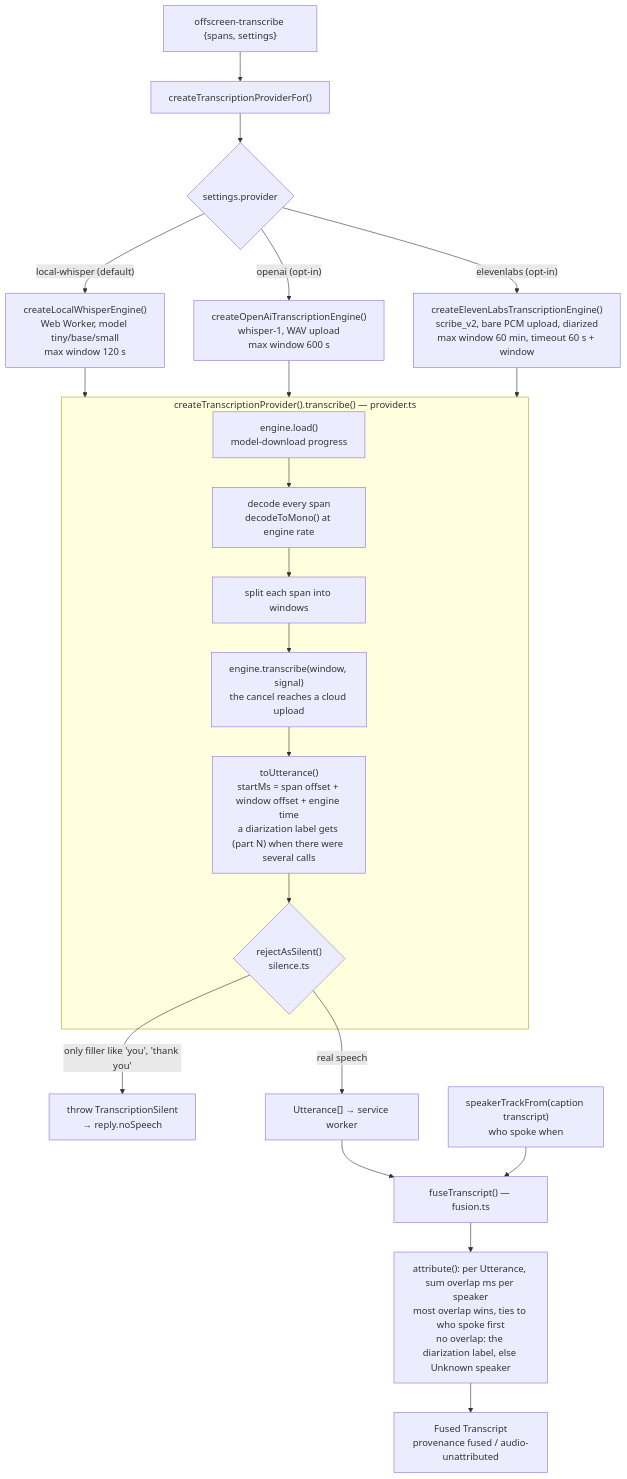
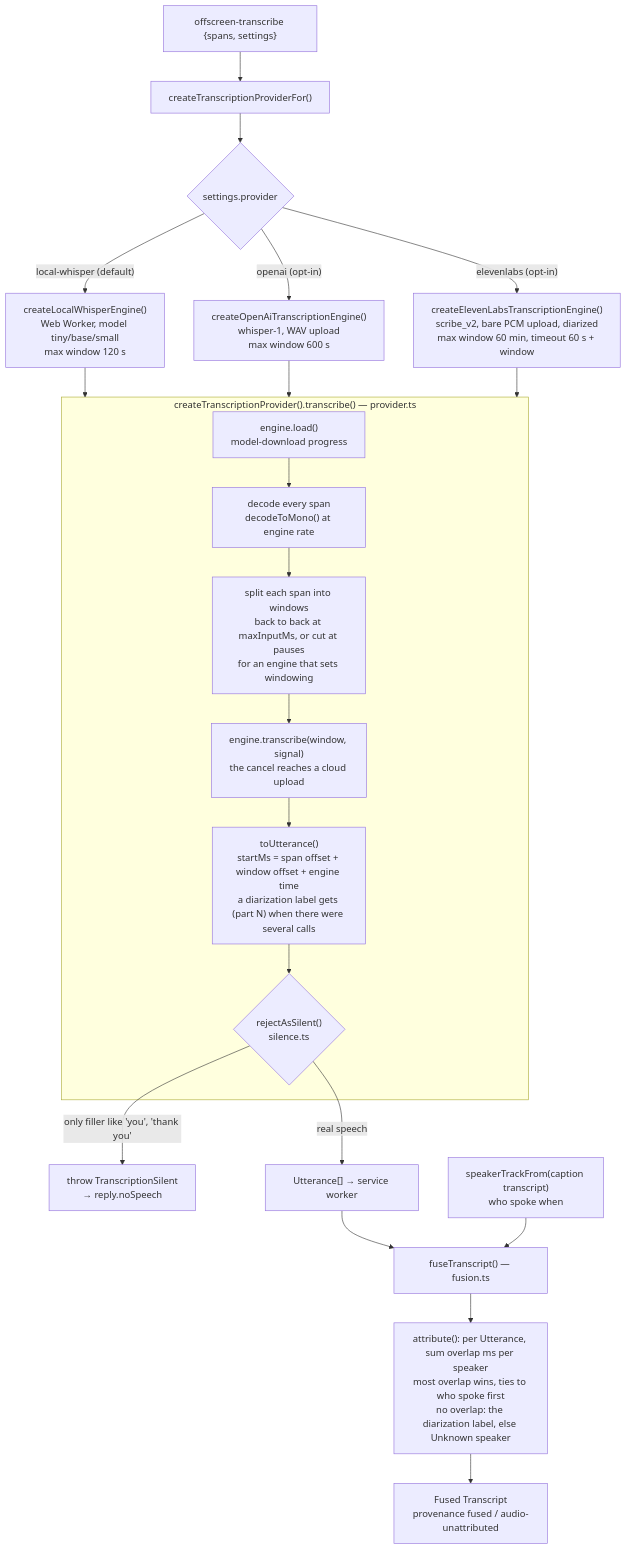
One commit to dominic676767/meeting-summarizer changed the eighth of 11 diagrams in docs/ARCHITECTURE.md. Above: the diagram before and after it, drawn with Mermaid. The commit also changed other lines of this file and 4 other files, not shown here.

First line of the commit message:
Ticket #50: windows cut at pauses, for an engine with no timestamps

````diff
--- a/docs/ARCHITECTURE.md
+++ b/docs/ARCHITECTURE.md
@@ -392,26 +394,26 @@
 ```mermaid
 flowchart TD
     msg["offscreen-transcribe {spans, settings}"] --> fac["createTranscriptionProviderFor()"]
     fac --> which{"settings.provider"}
     which -- "local-whisper (default)" --> lw["createLocalWhisperEngine()<br/>Web Worker, model tiny/base/small<br/>max window 120 s"]
     which -- "openai (opt-in)" --> oa["createOpenAiTranscriptionEngine()<br/>whisper-1, WAV upload<br/>max window 600 s"]
     lw --> core
     which -- "elevenlabs (opt-in)" --> el["createElevenLabsTranscriptionEngine()<br/>scribe_v2, bare PCM upload, diarized<br/>max window 60 min, timeout 60 s + window"]
     oa --> core
     el --> core
 
     subgraph core["createTranscriptionProvider().transcribe() — provider.ts"]
         load["engine.load()<br/>model-download progress"] --> dec["decode every span<br/>decodeToMono() at engine rate"]
-        dec --> win["split each span into windows"]
+        dec --> win["split each span into windows<br/>back to back at maxInputMs, or cut at pauses<br/>for an engine that sets windowing"]
         win --> eng["engine.transcribe(window, signal)<br/>the cancel reaches a cloud upload"]
         eng --> utt["toUtterance()<br/>startMs = span offset + window offset + engine time<br/>a diarization label gets (part N) when there were several calls"]
         utt --> sil{"rejectAsSilent()<br/>silence.ts"}
     end
     sil -- "only filler like 'you', 'thank you'" --> silent["throw TranscriptionSilent<br/>→ reply.noSpeech"]
     sil -- "real speech" --> utts["Utterance[] → service worker"]
 
     utts --> fuse["fuseTranscript() — fusion.ts"]
     track["speakerTrackFrom(caption transcript)<br/>who spoke when"] --> fuse
     fuse --> attr["attribute(): per Utterance, sum overlap ms per speaker<br/>most overlap wins, ties to who spoke first<br/>no overlap: the diarization label, else Unknown speaker"]
     attr --> fused["Fused Transcript<br/>provenance fused / audio-unattributed"]
 ```
````
